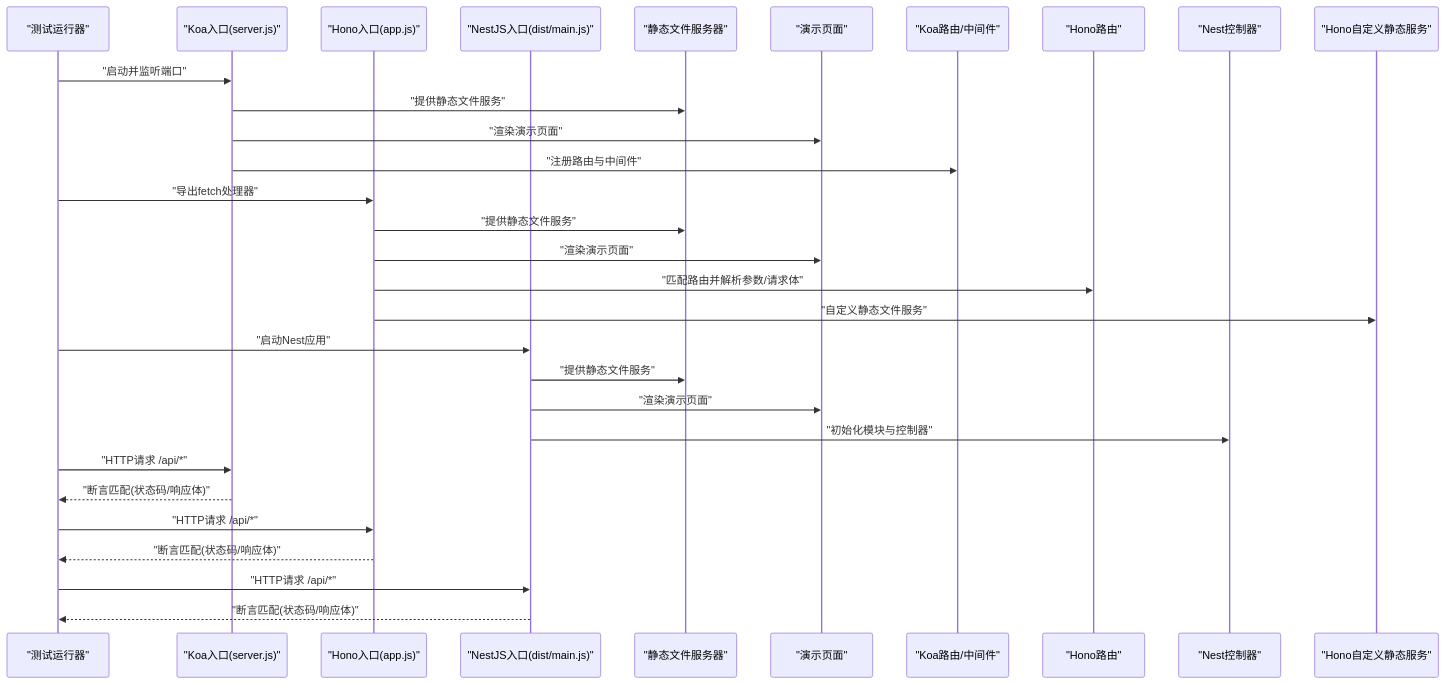
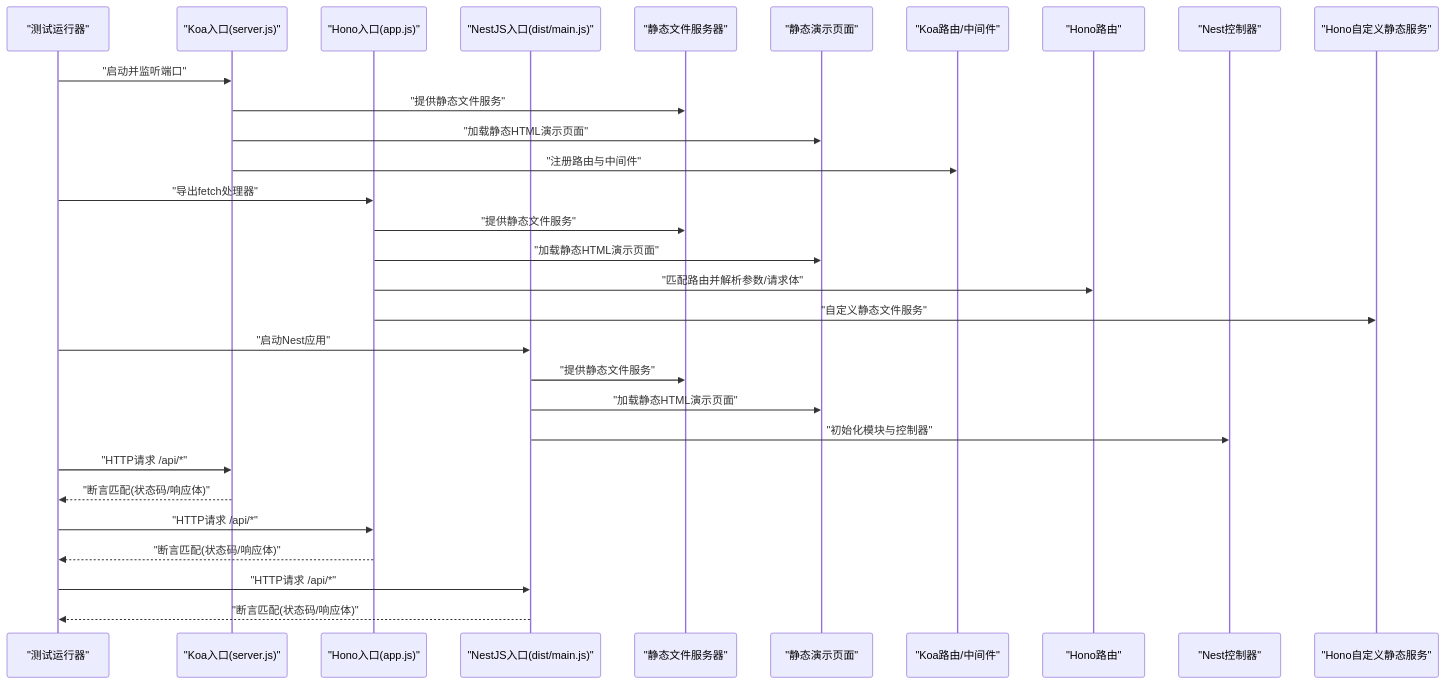
Before and after one commit to esa-sp/test-for-aone-ci: the second of 7 diagrams in .qoder/repowiki/zh/content/后端框架测试/Koa、Hono、NestJS框架测试.md, drawn with Mermaid. The commit also changed other lines of this file and 39 other files, not shown here.

````diff
--- a/.qoder/repowiki/zh/content/后端框架测试/Koa、Hono、NestJS框架测试.md
+++ b/.qoder/repowiki/zh/content/后端框架测试/Koa、Hono、NestJS框架测试.md
@@ -166,32 +169,32 @@
 ```mermaid
 sequenceDiagram
 participant Runner as "测试运行器"
 participant KoaEntry as "Koa入口(server.js)"
 participant HonoEntry as "Hono入口(app.js)"
 participant NestEntry as "NestJS入口(dist/main.js)"
 participant StaticServer as "静态文件服务器"
-participant DemoPage as "演示页面"
+participant DemoPage as "静态演示页面"
 participant KoaRouter as "Koa路由/中间件"
 participant HonoRouter as "Hono路由"
 participant NestCtrl as "Nest控制器"
 participant HonoCustomStatic as "Hono自定义静态服务"
 Runner->>KoaEntry : "启动并监听端口"
 KoaEntry->>StaticServer : "提供静态文件服务"
-KoaEntry->>DemoPage : "渲染演示页面"
+KoaEntry->>DemoPage : "加载静态HTML演示页面"
 KoaEntry->>KoaRouter : "注册路由与中间件"
 Runner->>HonoEntry : "导出fetch处理器"
 HonoEntry->>StaticServer : "提供静态文件服务"
-HonoEntry->>DemoPage : "渲染演示页面"
+HonoEntry->>DemoPage : "加载静态HTML演示页面"
 HonoEntry->>HonoRouter : "匹配路由并解析参数/请求体"
 HonoEntry->>HonoCustomStatic : "自定义静态文件服务"
 Runner->>NestEntry : "启动Nest应用"
 NestEntry->>StaticServer : "提供静态文件服务"
-NestEntry->>DemoPage : "渲染演示页面"
+NestEntry->>DemoPage : "加载静态HTML演示页面"
 NestEntry->>NestCtrl : "初始化模块与控制器"
 Runner->>KoaEntry : "HTTP请求 /api/*"
 KoaEntry-->>Runner : "断言匹配(状态码/响应体)"
 Runner->>HonoEntry : "HTTP请求 /api/*"
 HonoEntry-->>Runner : "断言匹配(状态码/响应体)"
 Runner->>NestEntry : "HTTP请求 /api/*"
 NestEntry-->>Runner : "断言匹配(状态码/响应体)"
 ```
````
